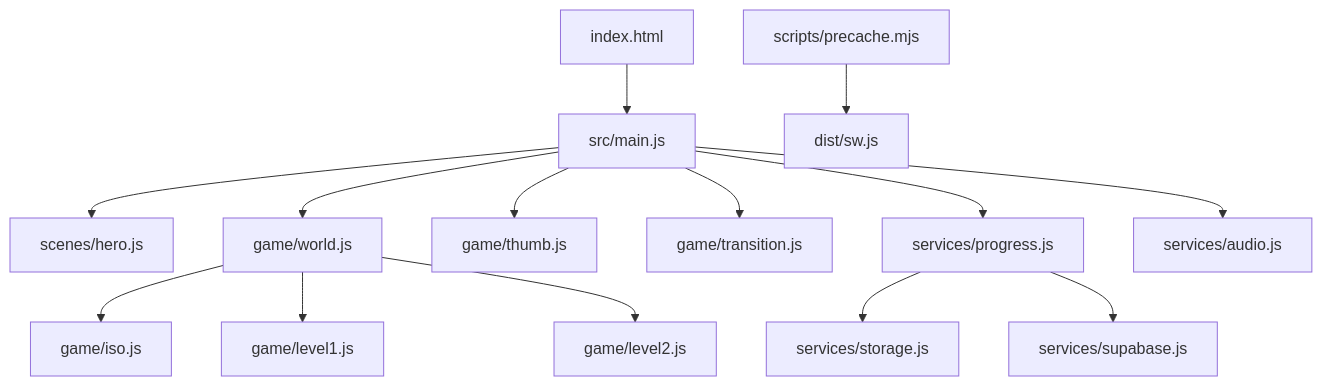
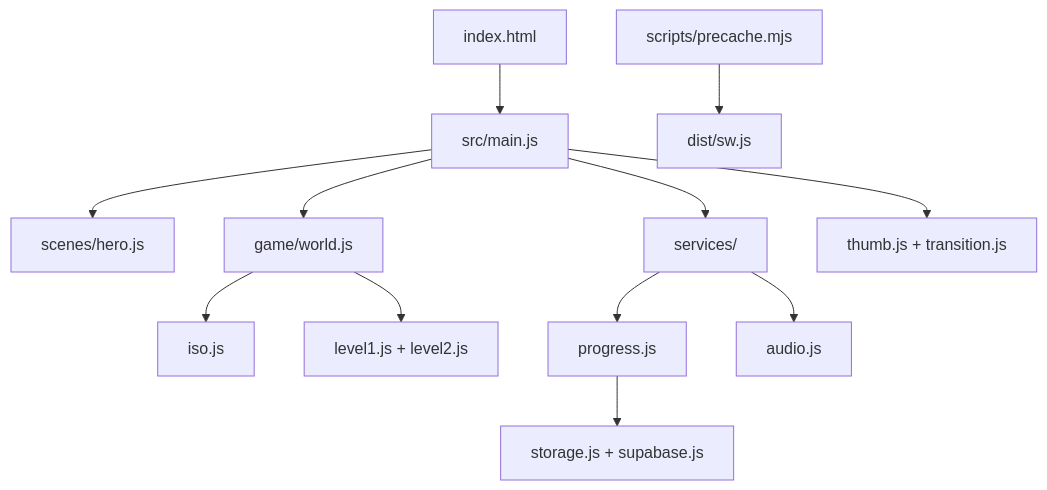
Before and after one commit to JS171555/solario: the diagram in README.md, drawn with Mermaid. The commit also changed other lines of this file, not shown here.

Commit message:
docs: compacta o diagrama de arquitetura e ajusta os badges

````diff
--- a/README.md
+++ b/README.md
@@ -128,16 +128,14 @@
 ```mermaid
 flowchart TD
   A[index.html] --> B[src/main.js]
   B --> C[scenes/hero.js]
   B --> D[game/world.js]
-  D --> E[game/iso.js]
-  D --> F[game/level1.js]
-  D --> G[game/level2.js]
-  B --> H[game/thumb.js]
-  B --> I[game/transition.js]
-  B --> J[services/progress.js]
-  J --> K[services/storage.js]
-  J --> L[services/supabase.js]
-  B --> M[services/audio.js]
-  N[scripts/precache.mjs] --> O[dist/sw.js]
+  B --> E[services/]
+  B --> F[thumb.js + transition.js]
+  D --> G[iso.js]
+  D --> H[level1.js + level2.js]
+  E --> I[progress.js]
+  E --> J[audio.js]
+  I --> K[storage.js + supabase.js]
+  L[scripts/precache.mjs] --> M[dist/sw.js]
 ```
````
